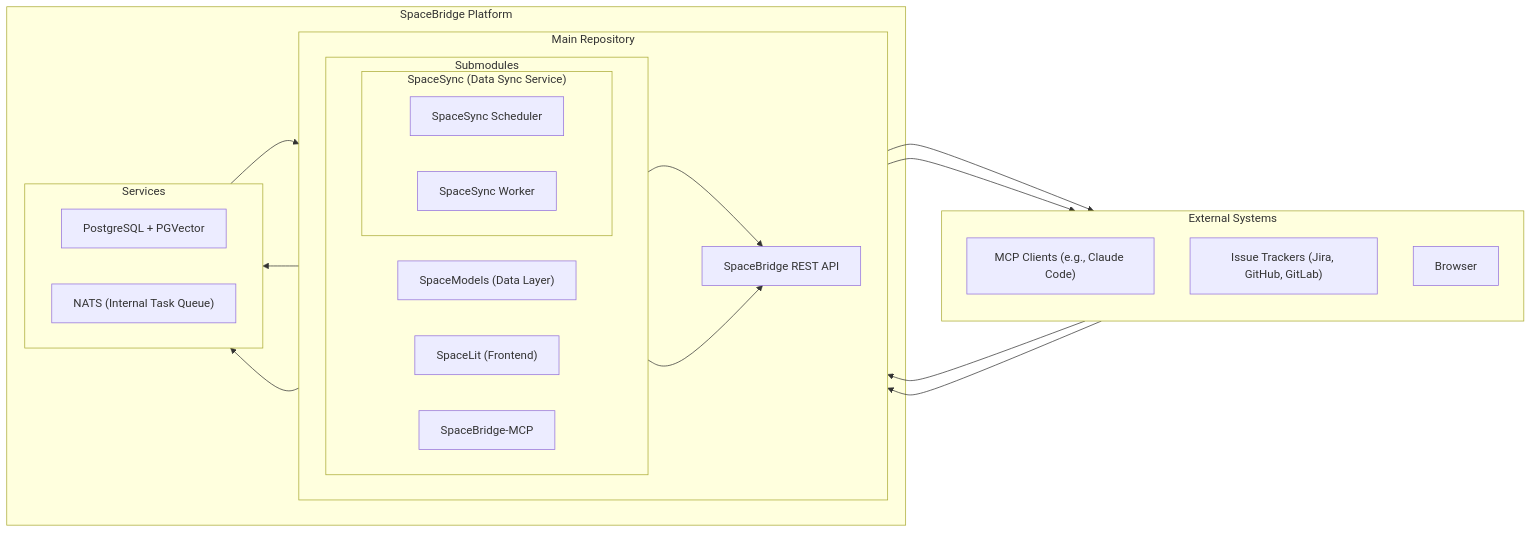
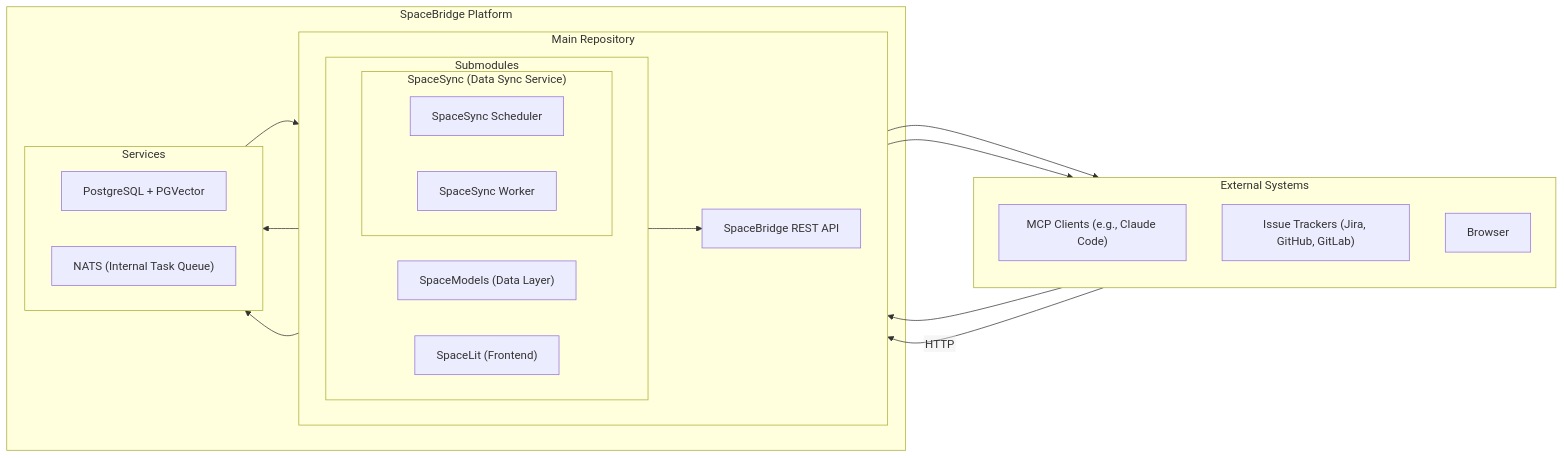
One commit to GiorgosAlexakis/preloop changed the first of 8 diagrams in ARCHITECTURE.md. Above: the diagram before and after it, drawn with Mermaid. The commit also changed other lines of this file and 8 other files, not shown here.

Commit message:
Rearchitect MCP server

````diff
--- a/ARCHITECTURE.md
+++ b/ARCHITECTURE.md
@@ -9,43 +9,42 @@
 ```mermaid
 %%{init: {"flowchart": { "htmlLabels": false}} }%%
 graph LR
     subgraph "External Systems"
         direction TB
         MCP_Clients["MCP Clients (e.g., Claude Code)"]
         Issue_Trackers["Issue Trackers (Jira, GitHub, GitLab)"]
         Browser["Browser"]
     end
     subgraph "SpaceBridge Platform"
         subgraph "Main Repository"
             direction LR
             API["SpaceBridge REST API"]
+            API["SpaceBridge REST API"]
             subgraph "Submodules"
                 direction LR
                 SpaceModels["SpaceModels (Data Layer)"]
                 subgraph "SpaceSync (Data Sync Service)"
                     Scheduler["SpaceSync Scheduler"]
                     Worker["SpaceSync Worker"]
                 end
                 SpaceLit["SpaceLit (Frontend)"]
-                mcp["SpaceBridge-MCP"]
             end
         end
         subgraph "Services"
             direction RL
             DB["PostgreSQL + PGVector"]
             NATS["NATS (Internal Task Queue)"]
         end
 
 
     end
     Browser --> SpaceLit
     SpaceModels --> DB
     Scheduler --> NATS
     NATS --> Worker
     Worker --> Issue_Trackers
     API --> Issue_Trackers
 
-    MCP_Clients --> mcp
-    mcp --> API
+    MCP_Clients -- HTTP --> API
     SpaceLit --> API
 ```
````
